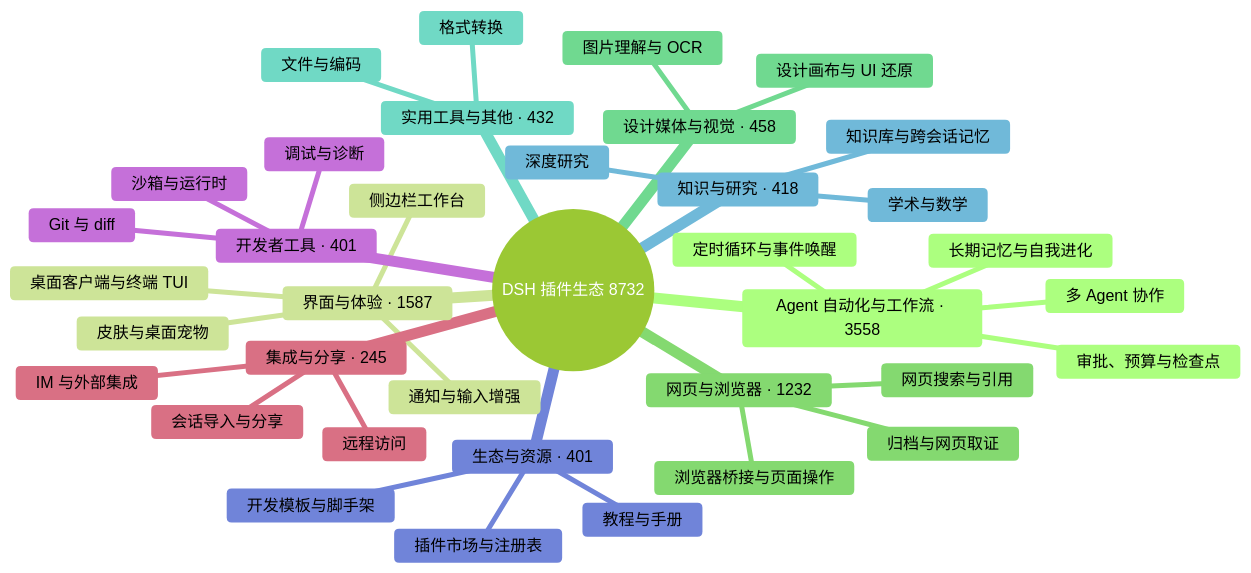
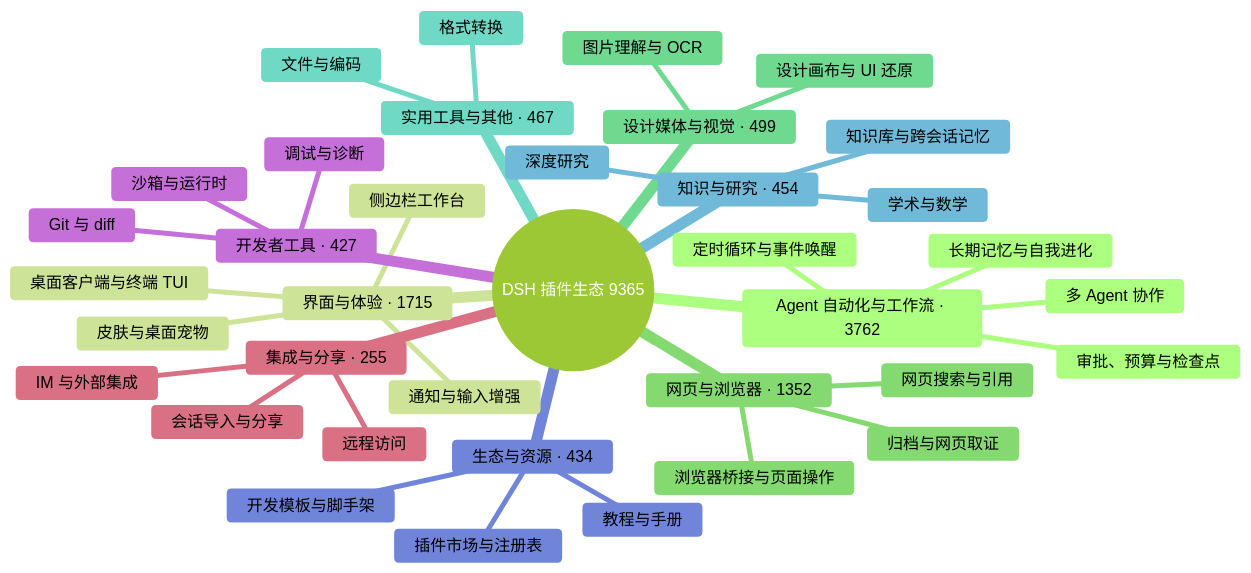
Before and after one commit to bruc3van/awesome-dsh-plugin: the diagram in README.md, drawn with Mermaid (forest theme). The commit also changed other lines of this file and 9 other files, not shown here.

````diff
--- a/README.md
+++ b/README.md
@@ -33,40 +33,40 @@
 ```mermaid
 mindmap
-  root((DSH 插件生态 8732))
-    Agent 自动化与工作流 · 3558
+  root((DSH 插件生态 9365))
+    Agent 自动化与工作流 · 3762
       定时循环与事件唤醒
       多 Agent 协作
       长期记忆与自我进化
       审批、预算与检查点
-    界面与体验 · 1587
+    界面与体验 · 1715
       桌面客户端与终端 TUI
       侧边栏工作台
       皮肤与桌面宠物
       通知与输入增强
-    网页与浏览器 · 1232
+    网页与浏览器 · 1352
       浏览器桥接与页面操作
       网页搜索与引用
       归档与网页取证
-    设计媒体与视觉 · 458
+    设计媒体与视觉 · 499
       图片理解与 OCR
       设计画布与 UI 还原
-    实用工具与其他 · 432
+    实用工具与其他 · 467
       文件与编码
       格式转换
-    知识与研究 · 418
+    知识与研究 · 454
       知识库与跨会话记忆
       深度研究
       学术与数学
-    生态与资源 · 401
+    生态与资源 · 434
       插件市场与注册表
       开发模板与脚手架
       教程与手册
-    开发者工具 · 401
+    开发者工具 · 427
       Git 与 diff
       沙箱与运行时
       调试与诊断
-    集成与分享 · 245
+    集成与分享 · 255
       会话导入与分享
       远程访问
       IM 与外部集成
 ```
````
